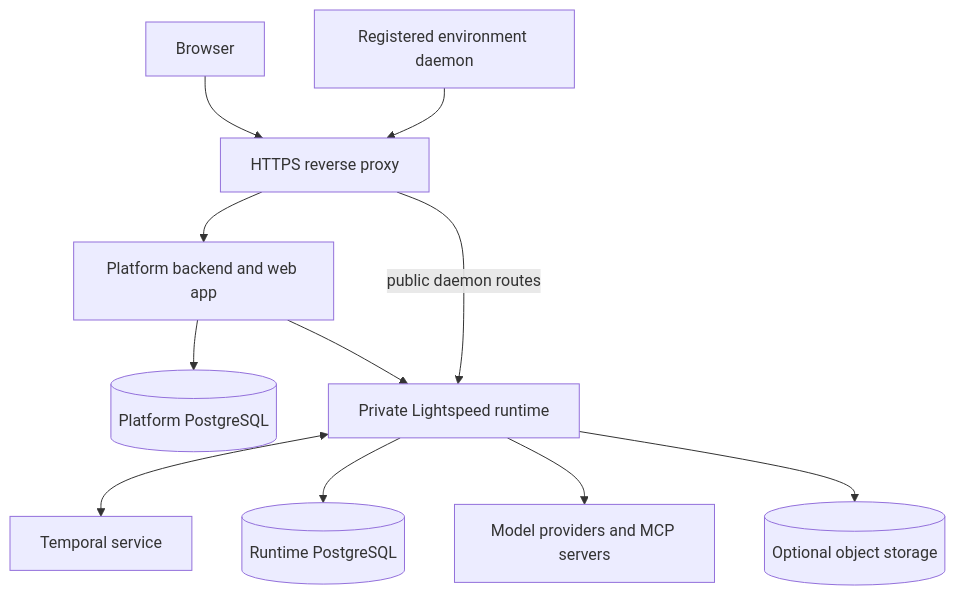
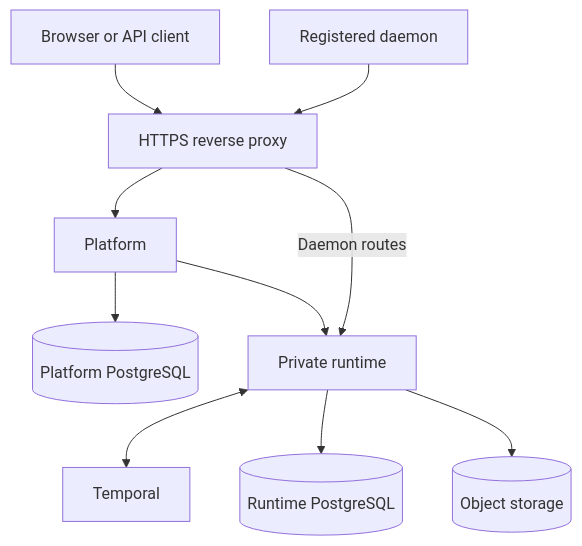
The diagram in docs/documentation/deployment/overview.md (smartcomputer-ai/lightspeed), drawn with Mermaid before and after one commit. The commit also changed other lines of this file and 48 other files, not shown here.

````diff
--- a/docs/documentation/deployment/overview.md
+++ b/docs/documentation/deployment/overview.md
@@ -30,13 +27,12 @@
 ```mermaid
 flowchart TD
-  Browser[Browser] --> Edge[HTTPS reverse proxy]
-  Edge --> Platform[Platform backend and web app]
+  Browser[Browser or API client] --> Edge[HTTPS reverse proxy]
+  Edge --> Platform[Platform]
   Platform --> PlatformDB[(Platform PostgreSQL)]
-  Platform --> Runtime[Private Lightspeed runtime]
-  Runtime <--> Temporal[Temporal service]
+  Platform --> Runtime[Private runtime]
+  Runtime <--> Temporal[Temporal]
   Runtime --> RuntimeDB[(Runtime PostgreSQL)]
-  Runtime --> Models[Model providers and MCP servers]
-  Runtime --> Objects[(Optional object storage)]
-  Daemon[Registered environment daemon] --> Edge
-  Edge -->|public daemon routes| Runtime
+  Runtime --> Objects[(Object storage)]
+  Daemon[Registered daemon] --> Edge
+  Edge -->|Daemon routes| Runtime
 ```
````
